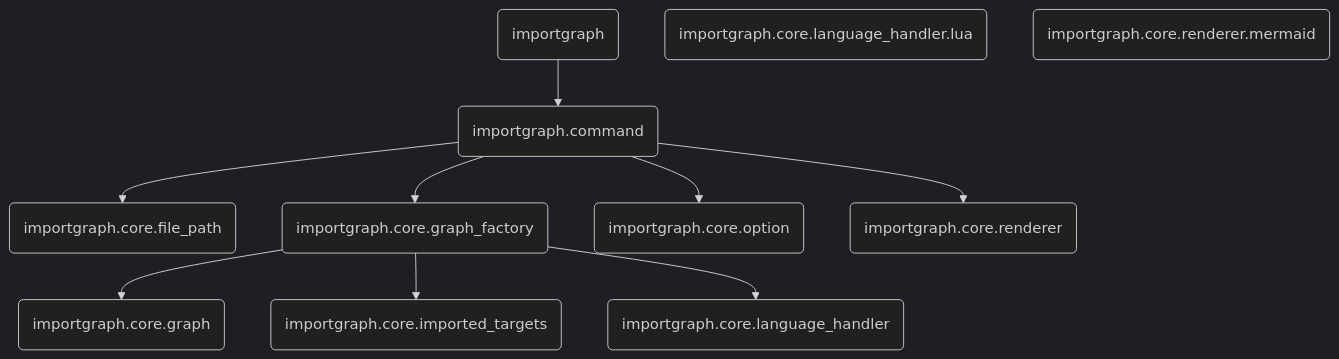
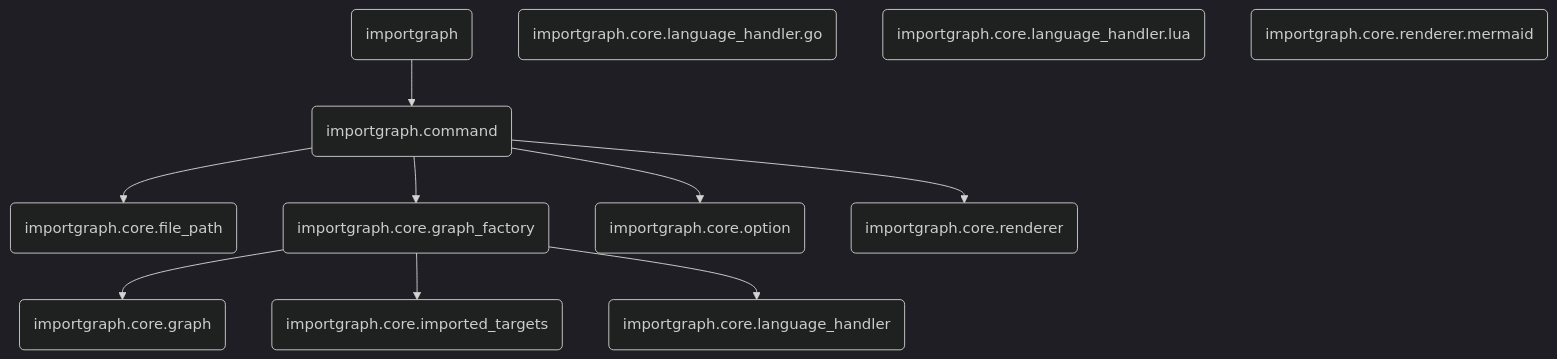
Before and after one commit to notomo/importgraph.nvim: the diagram in README.md, drawn with Mermaid (dark theme). The commit also changed 6 other files, not shown here.

````diff
--- a/README.md
+++ b/README.md
@@ -23,19 +23,20 @@
 ```mermaid
 graph TB
   1(importgraph) --> 2(importgraph.command)
   2(importgraph.command) --> 3(importgraph.core.file_path)
   2(importgraph.command) --> 4(importgraph.core.graph_factory)
   2(importgraph.command) --> 5(importgraph.core.option)
   2(importgraph.command) --> 6(importgraph.core.renderer)
   3(importgraph.core.file_path)
   7(importgraph.core.graph)
   4(importgraph.core.graph_factory) --> 7(importgraph.core.graph)
   4(importgraph.core.graph_factory) --> 8(importgraph.core.imported_targets)
   4(importgraph.core.graph_factory) --> 9(importgraph.core.language_handler)
   8(importgraph.core.imported_targets)
   9(importgraph.core.language_handler)
-  10(importgraph.core.language_handler.lua)
+  10(importgraph.core.language_handler.go)
+  11(importgraph.core.language_handler.lua)
   5(importgraph.core.option)
   6(importgraph.core.renderer)
-  11(importgraph.core.renderer.mermaid)
+  12(importgraph.core.renderer.mermaid)
 ```
````
